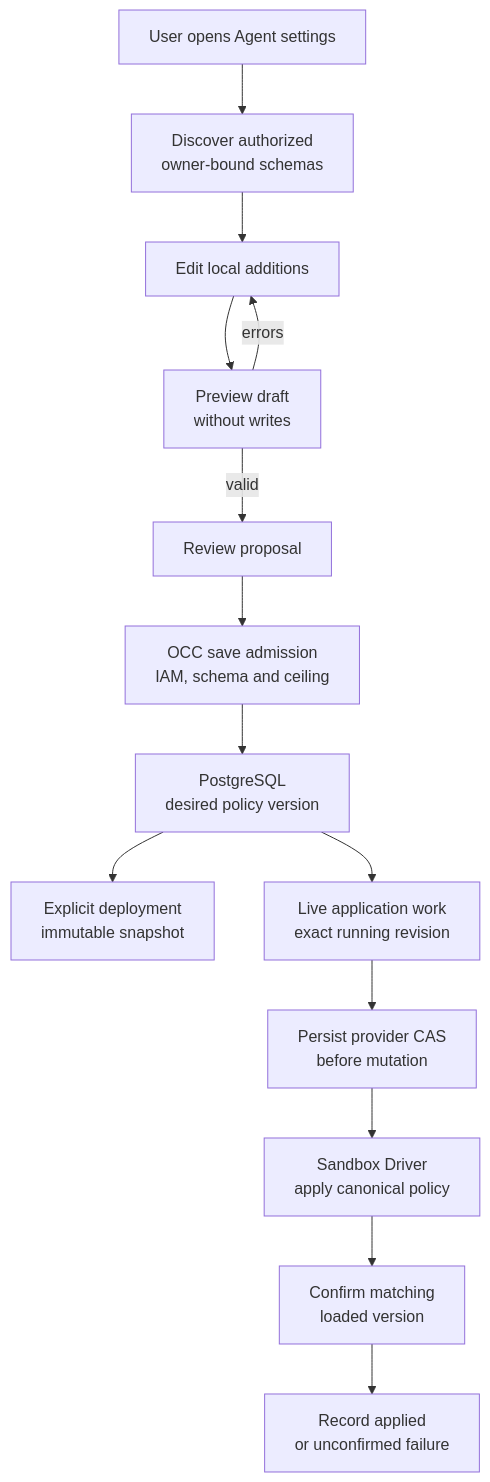
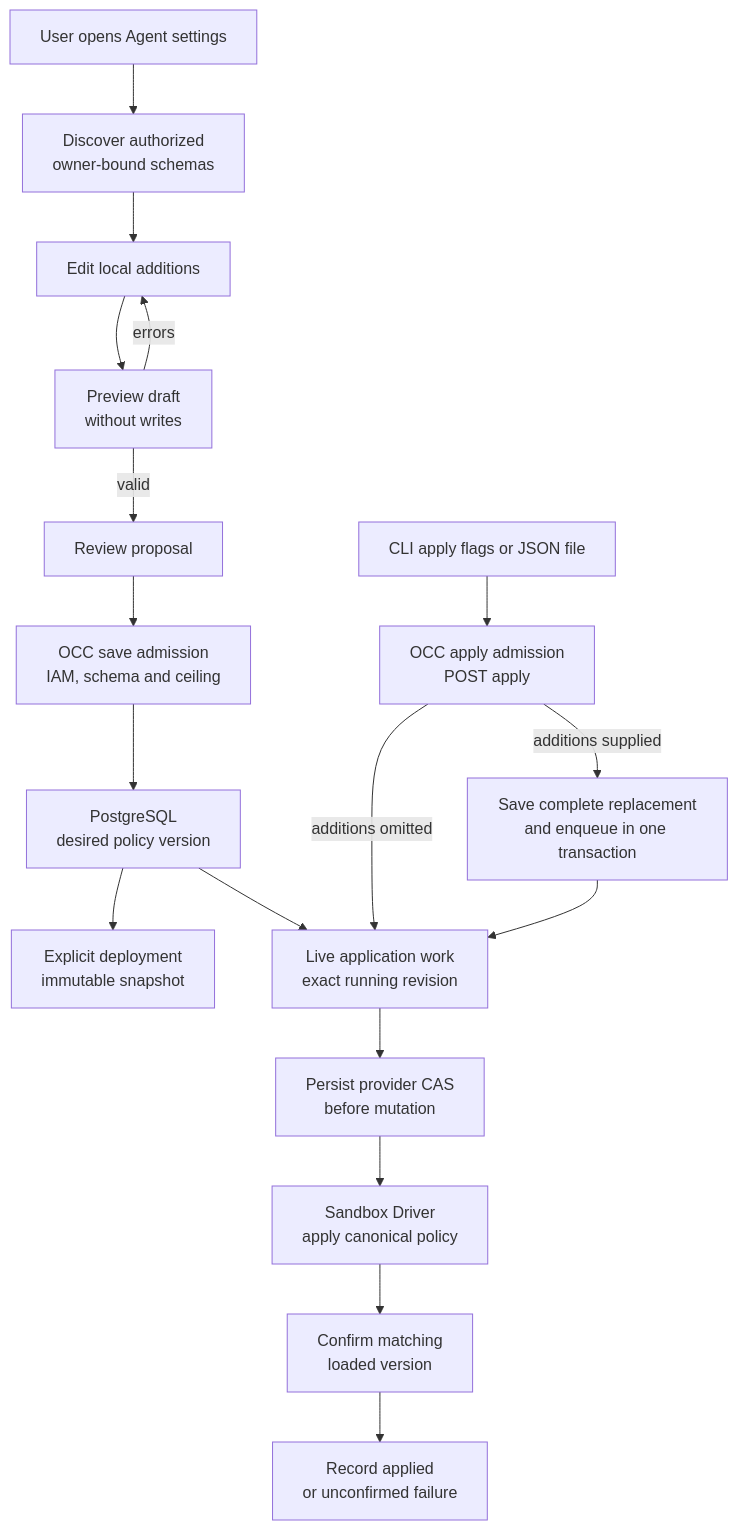
The diagram in docs/flows/agent-sandbox-policy.md (openclaw/openclaw-enterprise), drawn with Mermaid before and after one commit. The commit also changed other lines of this file and 4 other files, not shown here.

Commit message:
feat(cli): apply an Agent network policy from a file

````diff
--- a/docs/flows/agent-sandbox-policy.md
+++ b/docs/flows/agent-sandbox-policy.md
@@ -26,16 +26,20 @@
 ```mermaid
 graph TD
   U["User opens Agent settings"] --> Cfg["Discover authorized<br/>owner-bound schemas"]
   Cfg --> Draft["Edit local additions"]
   Draft --> Preview["Preview draft<br/>without writes"]
   Preview -->|errors| Draft
   Preview -->|valid| U2["Review proposal"]
   U2 --> A["OCC save admission<br/>IAM, schema and ceiling"]
   A --> P["PostgreSQL<br/>desired policy version"]
   P --> D["Explicit deployment<br/>immutable snapshot"]
   P --> W["Live application work<br/>exact running revision"]
+  CLI["CLI apply flags or JSON file"] --> Apply["OCC apply admission<br/>POST apply"]
+  Apply -->|additions supplied| Replace["Save complete replacement<br/>and enqueue in one transaction"]
+  Apply -->|additions omitted| W
+  Replace --> W
   W --> C["Persist provider CAS<br/>before mutation"]
   C --> S["Sandbox Driver<br/>apply canonical policy"]
   S --> V["Confirm matching<br/>loaded version"]
   V --> R["Record applied<br/>or unconfirmed failure"]
 ```
````
